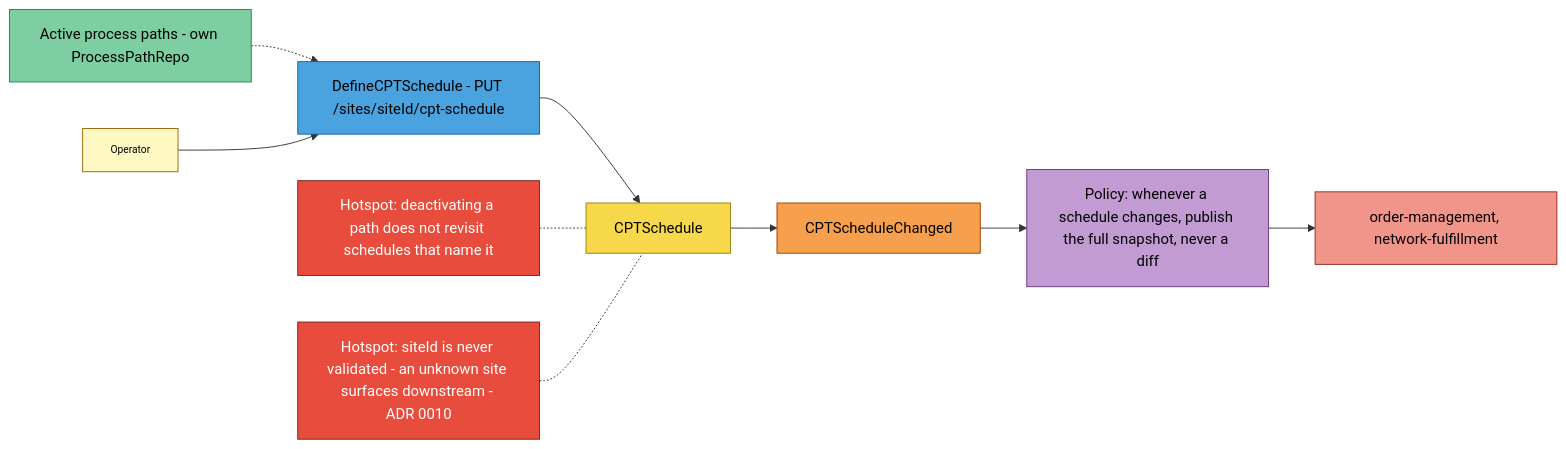
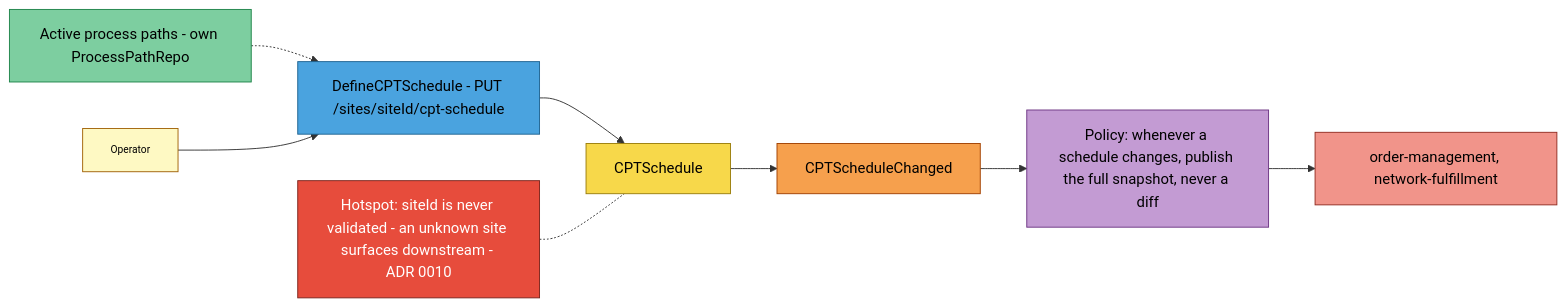
Before and after one commit to IQVO/warehouse-docs: the third of 4 diagrams in docs/contexts/process-path-management/eventstorming.md, drawn with Mermaid. The commit also changed other lines of this file and 107 other files, not shown here.

````diff
--- a/docs/contexts/process-path-management/eventstorming.md
+++ b/docs/contexts/process-path-management/eventstorming.md
@@ -102,26 +107,24 @@
 ```mermaid
 flowchart LR
     OP["Operator"]:::actor
     RM1["Active process paths - own ProcessPathRepo"]:::readmodel
     C1["DefineCPTSchedule - PUT /sites/siteId/cpt-schedule"]:::command
     A1["CPTSchedule"]:::aggregate
     E1["CPTScheduleChanged"]:::event
     P1["Policy: whenever a schedule changes, publish the full snapshot, never a diff"]:::policy
     X1["order-management, network-fulfillment"]:::external
-    H1["Hotspot: deactivating a path does not revisit schedules that name it"]:::hotspot
     H2["Hotspot: siteId is never validated - an unknown site surfaces downstream - ADR 0010"]:::hotspot
 
     RM1 -.-> C1
     OP --> C1 --> A1 --> E1 --> P1 --> X1
-    H1 -.- A1
     H2 -.- A1
 
     classDef actor fill:#fef9c3,stroke:#a16207,color:#000,font-size:11px
     classDef command fill:#4aa3df,stroke:#1f6391,color:#000
     classDef aggregate fill:#f7d84a,stroke:#9a7d0a,color:#000
     classDef event fill:#f6a04d,stroke:#a04000,color:#000
     classDef policy fill:#c39bd3,stroke:#6c3483,color:#000
     classDef readmodel fill:#7dcea0,stroke:#1e8449,color:#000
     classDef external fill:#f1948a,stroke:#922b21,color:#000
     classDef hotspot fill:#e74c3c,stroke:#7b241c,color:#fff
 ```
````
